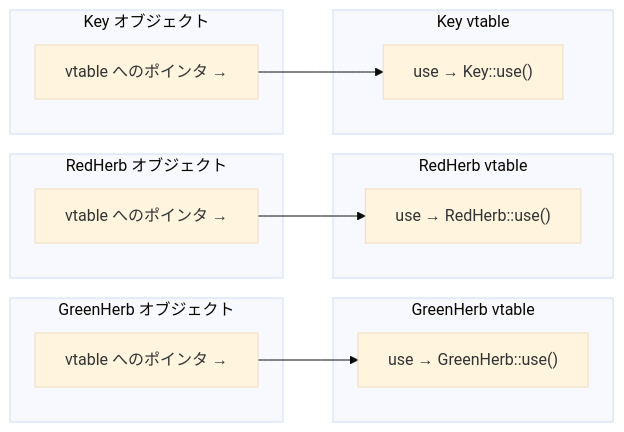
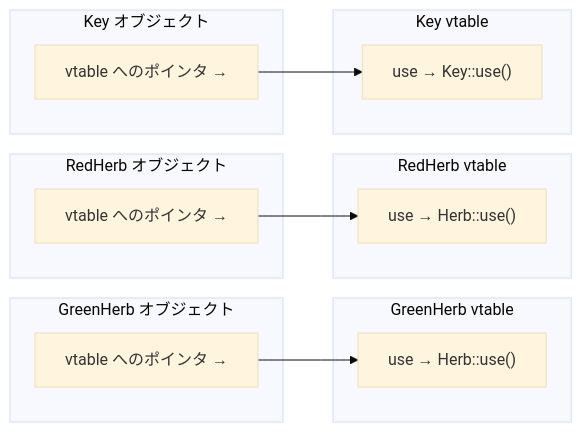
One commit to fuddt/Cplus changed the fifth of 11 diagrams in Cplus/chapter-06-polymorphism.md. Above: the diagram before and after it, drawn with Mermaid (base theme). The commit also changed other lines of this file and 18 other files, not shown here.

````diff
--- a/Cplus/chapter-06-polymorphism.md
+++ b/Cplus/chapter-06-polymorphism.md
@@ -133,27 +146,27 @@
 ```mermaid
 flowchart LR
     subgraph GreenHerb オブジェクト
         GH["vtable へのポインタ →"]
     end
     subgraph GreenHerb vtable
-        GHV["use → GreenHerb::use()"]
+        GHV["use → Herb::use()"]
     end
 
     subgraph RedHerb オブジェクト
         RH["vtable へのポインタ →"]
     end
     subgraph RedHerb vtable
-        RHV["use → RedHerb::use()"]
+        RHV["use → Herb::use()"]
     end
 
     subgraph Key オブジェクト
         KH["vtable へのポインタ →"]
     end
     subgraph Key vtable
         KV["use → Key::use()"]
     end
 
     GH --> GHV
     RH --> RHV
     KH --> KV
 ```
````
